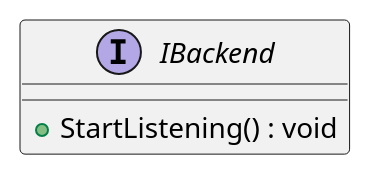
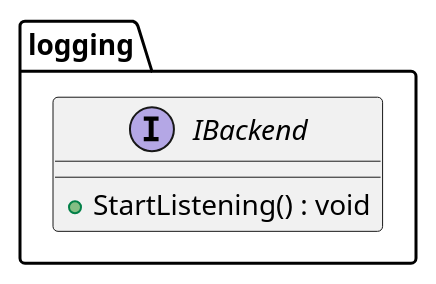
The diagram in plantuml/parser/integration_test/cross_diagram/linking_three_diagrams/class_diagram.puml (eclipse-score/tooling), drawn with PlantUML before and after one commit. The commit also changed 82 other files, not shown here.

Commit message:
[plantuml tooling] refactor sequence diagram uid

```diff
--- a/plantuml/parser/integration_test/cross_diagram/linking_three_diagrams/class_diagram.puml
+++ b/plantuml/parser/integration_test/cross_diagram/linking_three_diagrams/class_diagram.puml
@@ -13,5 +13,7 @@
 @startuml
-interface IBackend {
-  +StartListening() : void
+package logging {
+  interface IBackend {
+    +StartListening() : void
+  }
 }
 @enduml
```
